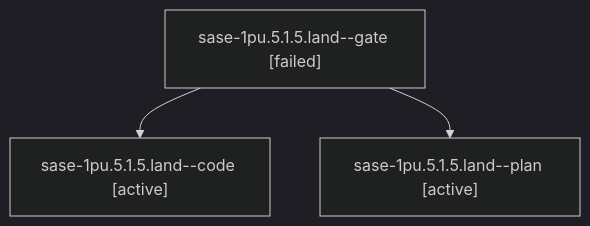
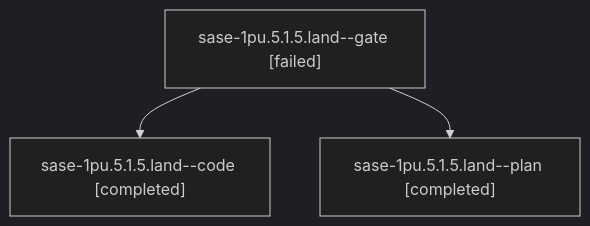
Before and after one commit to sase-org/sase--agents: the diagram in sessions/bbugyi200.athena.sase-1pu.5.1.5.land.md, drawn with Mermaid (dark theme). The commit also changed other lines of this file and 62 other files, not shown here.

````diff
--- a/sessions/bbugyi200.athena.sase-1pu.5.1.5.land.md
+++ b/sessions/bbugyi200.athena.sase-1pu.5.1.5.land.md
@@ -9,8 +9,8 @@
 ```mermaid
 flowchart TD
   n0["sase-1pu.5.1.5.land--gate [failed]"]
-  n1["sase-1pu.5.1.5.land--code [active]"]
+  n1["sase-1pu.5.1.5.land--code [completed]"]
   n0 --> n1
-  n2["sase-1pu.5.1.5.land--plan [active]"]
+  n2["sase-1pu.5.1.5.land--plan [completed]"]
   n0 --> n2
 ```
````
